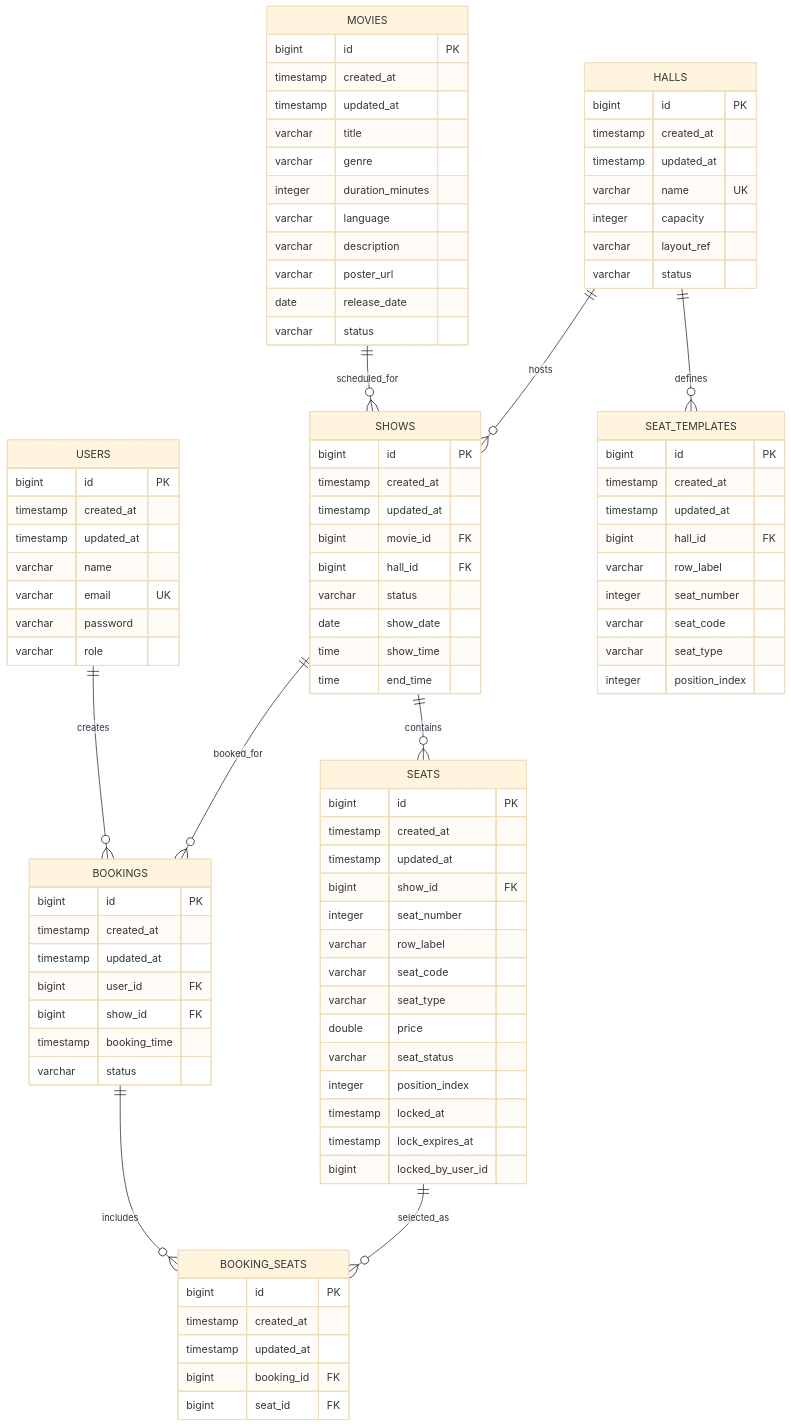
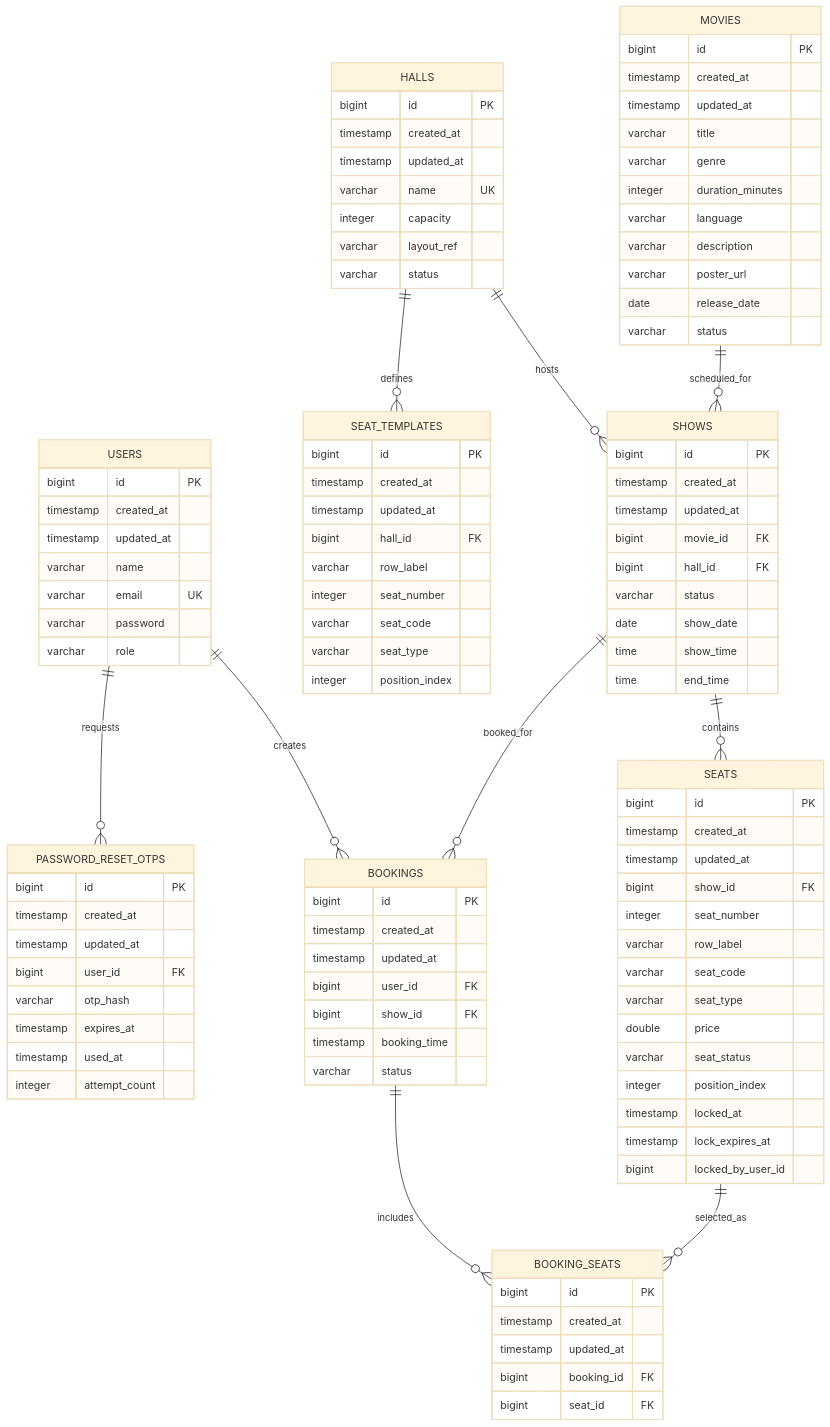
Before and after one commit to yuneshbyte01/hamro-chalchitraghar-backend: the diagram in docs/DATABASE.md, drawn with Mermaid (base theme). The commit also changed other lines of this file and 20 other files, not shown here.

Commit message:
feat(auth): implement OTP-based password reset via email

````diff
--- a/docs/DATABASE.md
+++ b/docs/DATABASE.md
@@ -21,6 +21,7 @@
 ```mermaid
 erDiagram
     USERS ||--o{ BOOKINGS : creates
+    USERS ||--o{ PASSWORD_RESET_OTPS : requests
     MOVIES ||--o{ SHOWS : scheduled_for
     HALLS ||--o{ SHOWS : hosts
     HALLS ||--o{ SEAT_TEMPLATES : defines
@@ -37,6 +38,17 @@
         varchar email UK
         varchar password
         varchar role
+    }
+
+    PASSWORD_RESET_OTPS {
+        bigint id PK
+        timestamp created_at
+        timestamp updated_at
+        bigint user_id FK
+        varchar otp_hash
+        timestamp expires_at
+        timestamp used_at
+        integer attempt_count
     }
 
     MOVIES {
````
